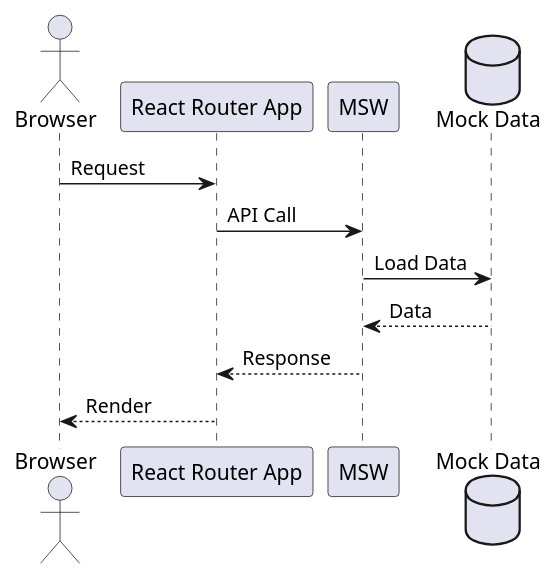
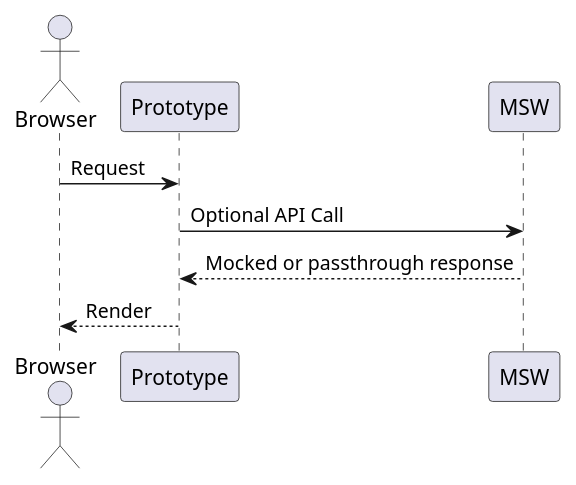
The diagram in template/docs/modules/ROOT/pages/architecture.adoc (ti8m/tinker-stack), drawn with PlantUML before and after one commit. The commit also changed other lines of this file and 162 other files, not shown here.

```diff
--- a/template/docs/modules/ROOT/pages/architecture.adoc
+++ b/template/docs/modules/ROOT/pages/architecture.adoc
@@ -83,16 +66,13 @@
 [plantuml,msw,svg]
 ----
 @startuml
 actor Browser
-participant "React Router App" as App
+participant "Prototype" as App
 participant "MSW" as MSW
-database "Mock Data" as Data
 
 Browser -> App: Request
-App -> MSW: API Call
-MSW -> Data: Load Data
-Data --> MSW: Data
-MSW --> App: Response
+App -> MSW: Optional API Call
+MSW --> App: Mocked or passthrough response
 App --> Browser: Render
 @enduml
 ----
```
